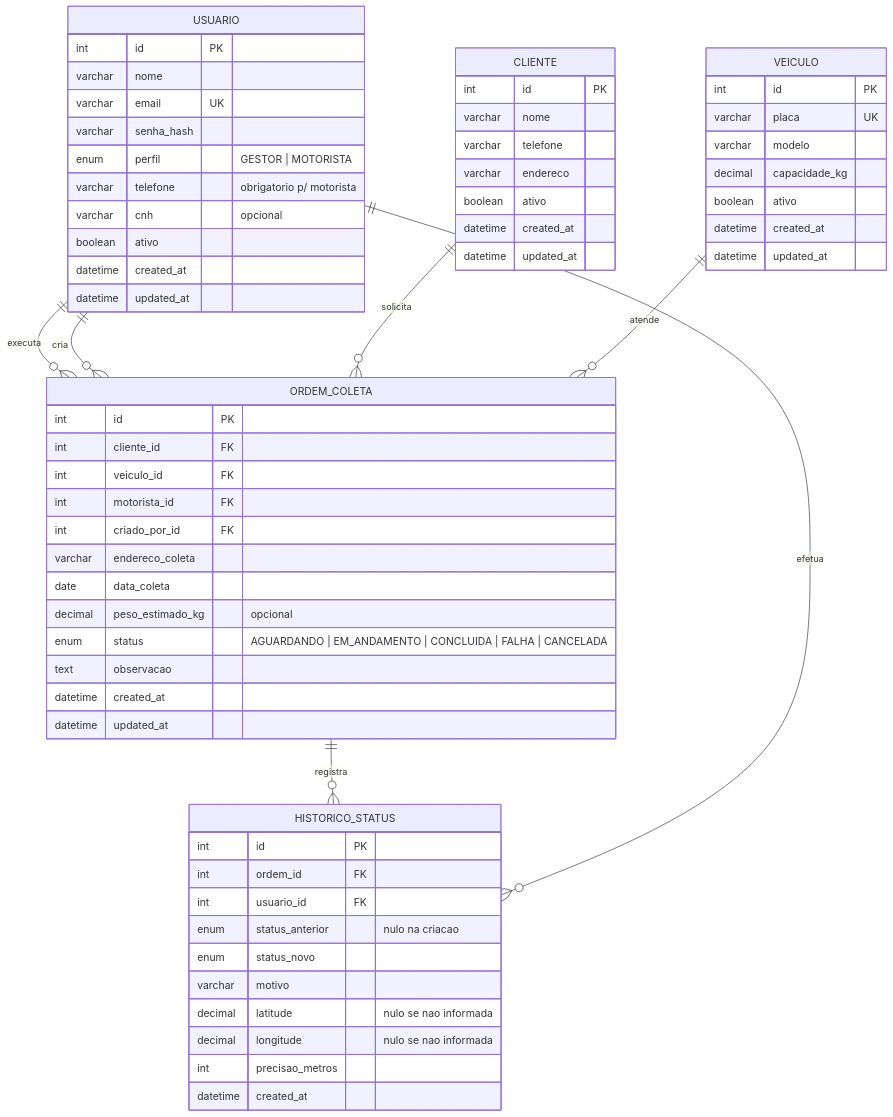
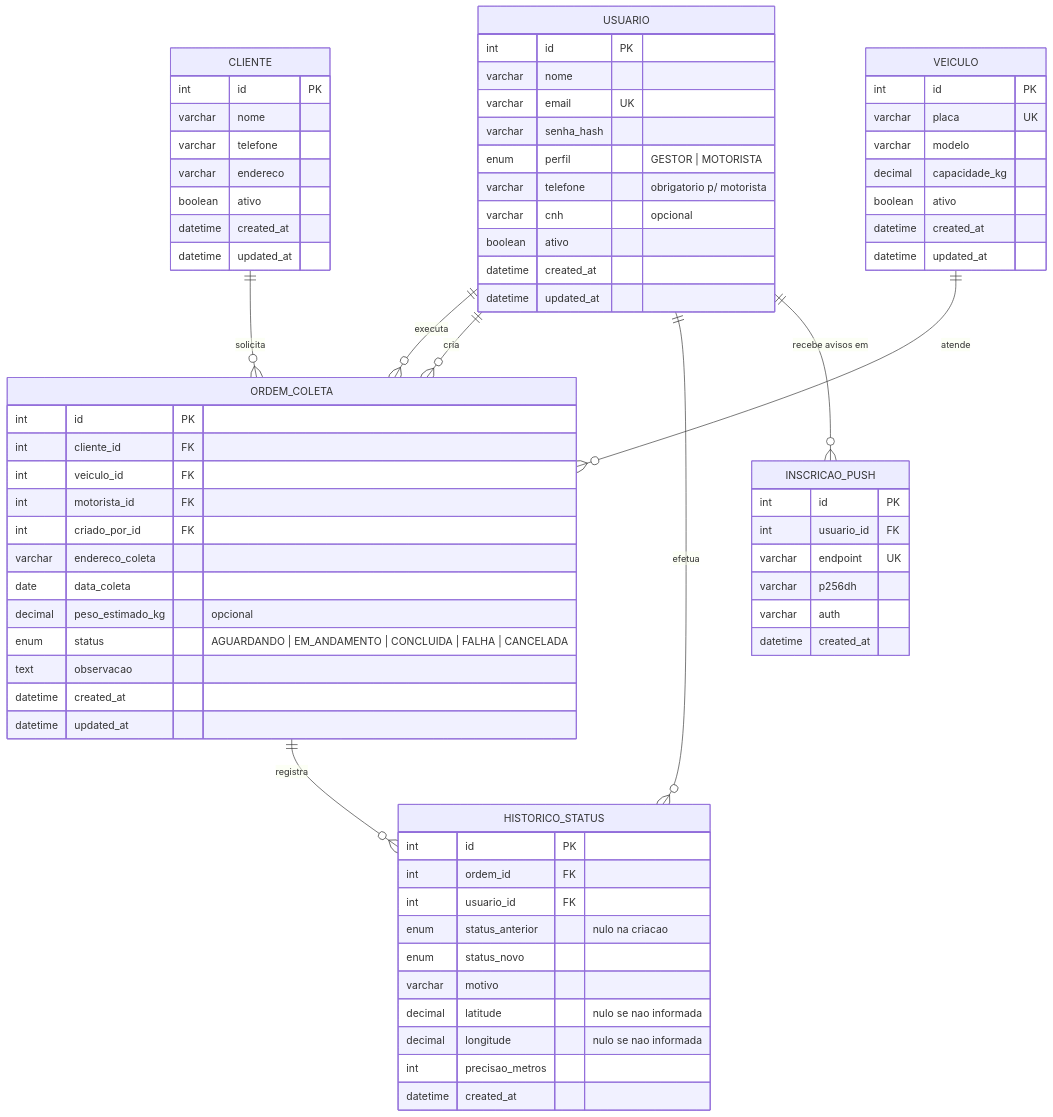
One commit to guifreiberger/sigcf changed the first of 2 diagrams in docs/der.md. Above: the diagram before and after it, drawn with Mermaid. The commit also changed other lines of this file and 1 other file, not shown here.

Commit message:
docs: documenta as notificações push na API e no modelo de dados

````diff
--- a/docs/der.md
+++ b/docs/der.md
@@ -3,70 +3,80 @@
 ```mermaid
 erDiagram
     USUARIO ||--o{ ORDEM_COLETA : "executa"
     USUARIO ||--o{ ORDEM_COLETA : "cria"
     CLIENTE ||--o{ ORDEM_COLETA : "solicita"
     VEICULO ||--o{ ORDEM_COLETA : "atende"
     ORDEM_COLETA ||--o{ HISTORICO_STATUS : "registra"
     USUARIO ||--o{ HISTORICO_STATUS : "efetua"
+    USUARIO ||--o{ INSCRICAO_PUSH : "recebe avisos em"
 
     USUARIO {
         int id PK
         varchar nome
         varchar email UK
         varchar senha_hash
         enum perfil "GESTOR | MOTORISTA"
         varchar telefone "obrigatorio p/ motorista"
         varchar cnh "opcional"
         boolean ativo
         datetime created_at
         datetime updated_at
     }
 
     VEICULO {
         int id PK
         varchar placa UK
         varchar modelo
         decimal capacidade_kg
         boolean ativo
         datetime created_at
         datetime updated_at
     }
 
     CLIENTE {
         int id PK
         varchar nome
         varchar telefone
         varchar endereco
         boolean ativo
         datetime created_at
         datetime updated_at
     }
 
     ORDEM_COLETA {
         int id PK
         int cliente_id FK
         int veiculo_id FK
         int motorista_id FK
         int criado_por_id FK
         varchar endereco_coleta
         date data_coleta
         decimal peso_estimado_kg "opcional"
         enum status "AGUARDANDO | EM_ANDAMENTO | CONCLUIDA | FALHA | CANCELADA"
         text observacao
         datetime created_at
         datetime updated_at
     }
 
     HISTORICO_STATUS {
         int id PK
         int ordem_id FK
         int usuario_id FK
         enum status_anterior "nulo na criacao"
         enum status_novo
         varchar motivo
         decimal latitude "nulo se nao informada"
         decimal longitude "nulo se nao informada"
         int precisao_metros
         datetime created_at
     }
+
+    INSCRICAO_PUSH {
+        int id PK
+        int usuario_id FK
+        varchar endpoint UK
+        varchar p256dh
+        varchar auth
+        datetime created_at
+    }
 ```
````
